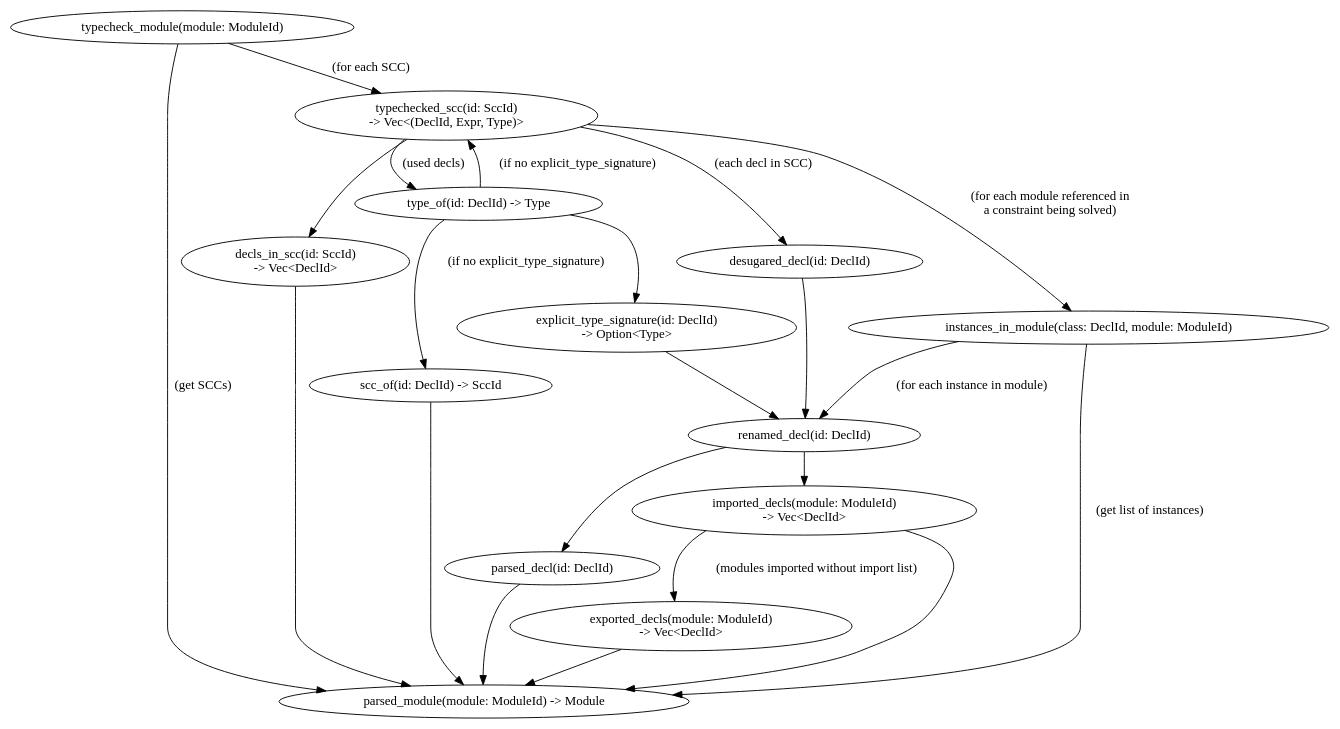
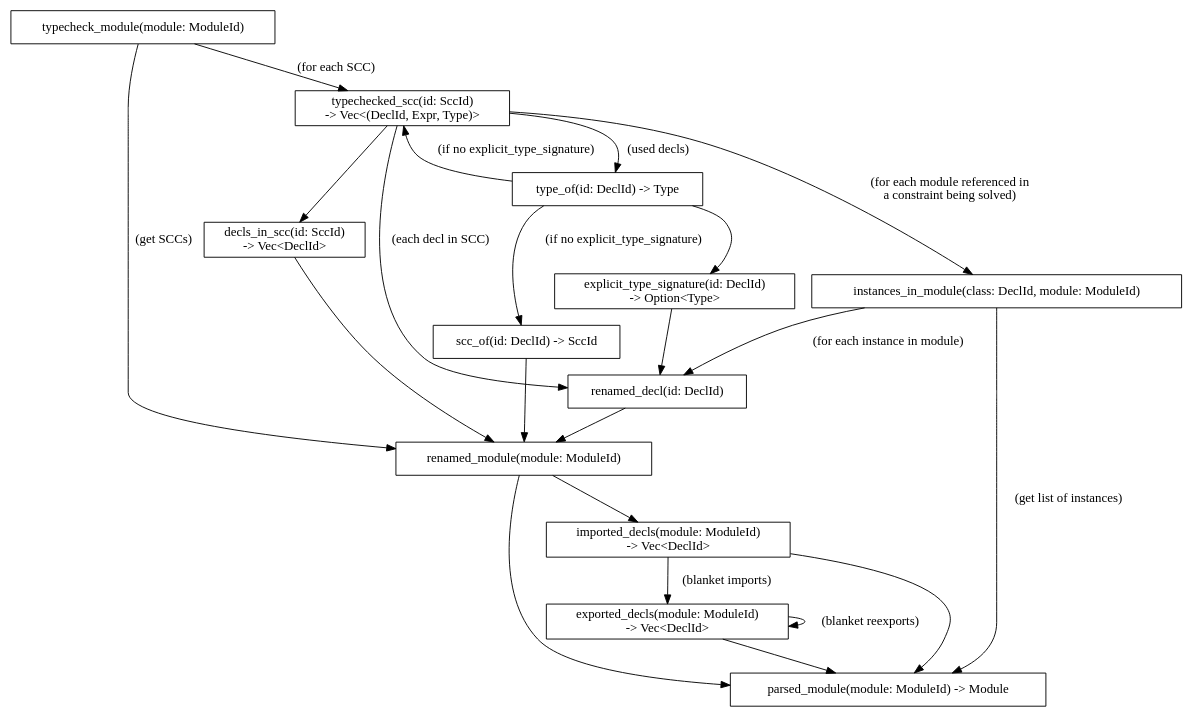
One commit to zyla/purs-oxide changed the diagram in docs/queries.dot. Above: the diagram before and after it, drawn with Graphviz. The commit also changed 4 other files, not shown here.

Commit message:
Proposed architecture description

```diff
--- a/docs/queries.dot
+++ b/docs/queries.dot
@@ -1,49 +1,49 @@
 digraph {
   rankdir=UD
+  node [shape=box]
 
   typecheck_module [label="typecheck_module(module: ModuleId)"]
-  typecheck_module -> parsed_module [label="(get SCCs)"]
+  typecheck_module -> renamed_module [label="(get SCCs)"]
   typecheck_module -> typechecked_scc [label="(for each SCC)"]
 
   type_of [label="type_of(id: DeclId) -> Type"]
   type_of -> scc_of [label="(if no explicit_type_signature)"]
   type_of -> typechecked_scc [label="(if no explicit_type_signature)"]
-  type_of -> type_signature
+  type_of -> explicit_type_signature
 
   scc_of [label="scc_of(id: DeclId) -> SccId"]
-  scc_of -> parsed_module
+  scc_of -> renamed_module
 
   decls_in_scc [label="decls_in_scc(id: SccId)\n -> Vec<DeclId>"]
-  decls_in_scc -> parsed_module
+  decls_in_scc -> renamed_module
 
   typechecked_scc [label="typechecked_scc(id: SccId)\n -> Vec<(DeclId, Expr, Type)>"]
   typechecked_scc -> decls_in_scc
-  typechecked_scc -> desugared_decl [label="(each decl in SCC)"]
+  typechecked_scc -> renamed_decl [label="(each decl in SCC)"]
   typechecked_scc -> type_of [label="(used decls)"]
   typechecked_scc -> instances_in_module [label="(for each module referenced in\n a constraint being solved)"]
 
   instances_in_module [label="instances_in_module(class: DeclId, module: ModuleId)"]
   instances_in_module -> renamed_decl [label="(for each instance in module)"]
-  instances_in_module -> parsed_module [label="(get list of instances)"]
+  instances_in_module -> parsed_module [label=" (get list of instances)"]
 
-  type_signature [label="explicit_type_signature(id: DeclId)\n-> Option<Type>"]
-  type_signature -> renamed_decl
+  explicit_type_signature [label="explicit_type_signature(id: DeclId)\n-> Option<Type>"]
+  explicit_type_signature -> renamed_decl
 
-  desugared_decl [label="desugared_decl(id: DeclId)"]
-  desugared_decl -> renamed_decl
-  
   renamed_decl [label="renamed_decl(id: DeclId)"]
-  renamed_decl -> parsed_decl
-  renamed_decl -> imported_decls
+  renamed_decl -> renamed_module
+
+  renamed_module [label="renamed_module(module: ModuleId)"]
+  renamed_module -> parsed_module
+  renamed_module -> imported_decls
 
   imported_decls [label="imported_decls(module: ModuleId)\n-> Vec<DeclId>"]
   imported_decls -> parsed_module
-  imported_decls -> exported_decls [label="  (modules imported without import list)"]
+  imported_decls -> exported_decls [label=" (blanket imports)"]
 
   exported_decls [label="exported_decls(module: ModuleId)\n -> Vec<DeclId>"]
   exported_decls -> parsed_module
+  exported_decls -> exported_decls [label=" (blanket reexports)"]
   
-  parsed_decl -> parsed_module
-  parsed_decl [label="parsed_decl(id: DeclId)"]
   parsed_module [label="parsed_module(module: ModuleId) -> Module"]
 }
```
